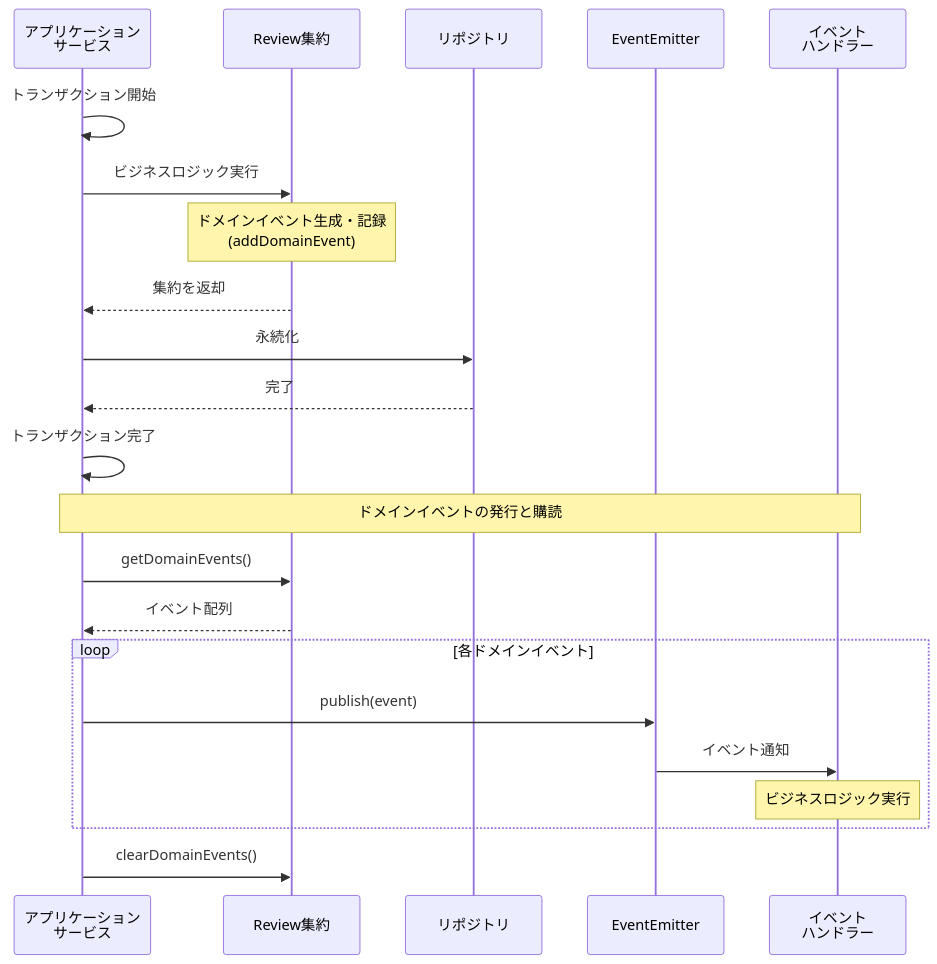
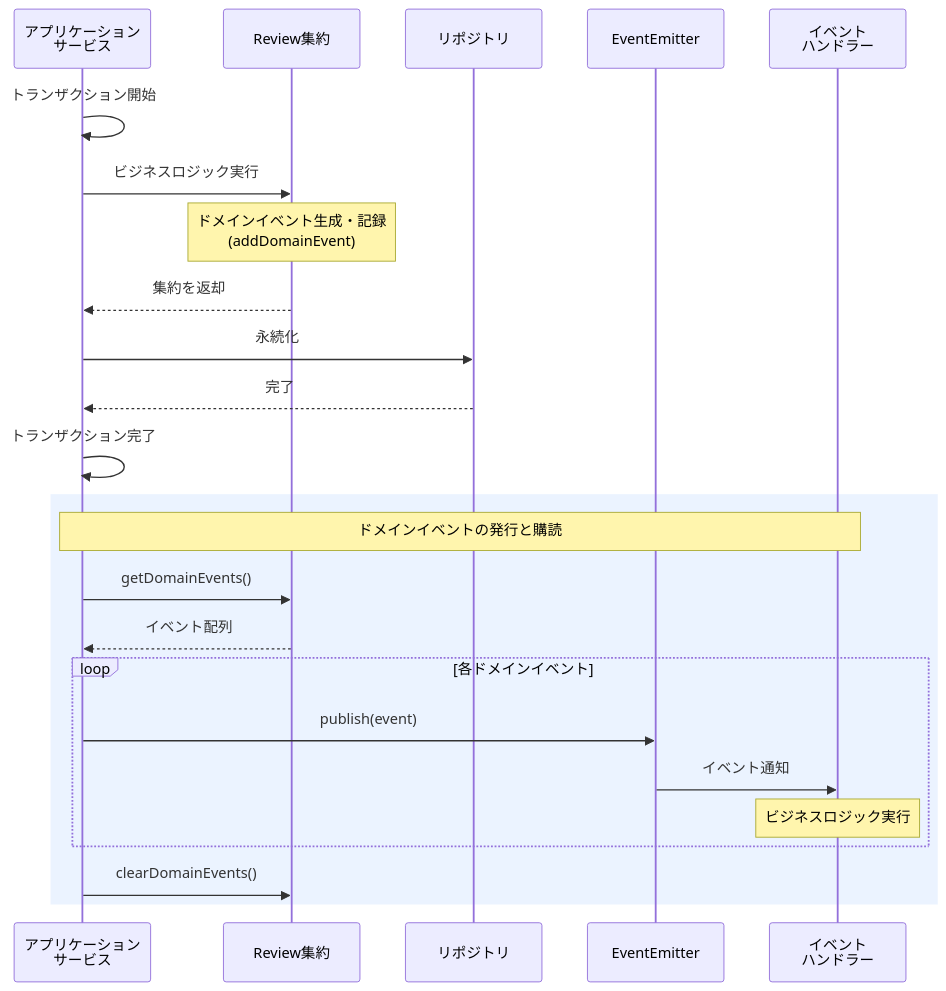
The second of 2 diagrams in docs/diagrams/chapter19-pubsub.md (swdtkuy/hands-on-ddd-introduction), drawn with Mermaid before and after one commit. The commit also changed other lines of this file and 4 other files, not shown here.

Commit message:
Add Pub/Sub model diagram and clarifying comments

````diff
--- a/docs/diagrams/chapter19-pubsub.md
+++ b/docs/diagrams/chapter19-pubsub.md
@@ -3,29 +34,31 @@
 ```mermaid
 sequenceDiagram
     participant AS as アプリケーション<br/>サービス
     participant RA as Review集約
     participant Repo as リポジトリ
     participant EE as EventEmitter
     participant EH as イベント<br/>ハンドラー
 
     AS->>AS: トランザクション開始
     AS->>RA: ビジネスロジック実行
     Note over RA: ドメインイベント生成・記録<br/>(addDomainEvent)
     RA-->>AS: 集約を返却
     AS->>Repo: 永続化
     Repo-->>AS: 完了
     AS->>AS: トランザクション完了
 
-    Note over AS,EH: ドメインイベントの発行と購読
+    rect rgba(0, 100, 255, 0.08)
+        Note over AS,EH: ドメインイベントの発行と購読
 
-    AS->>RA: getDomainEvents()
-    RA-->>AS: イベント配列
+        AS->>RA: getDomainEvents()
+        RA-->>AS: イベント配列
 
-    loop 各ドメインイベント
-        AS->>EE: publish(event)
-        EE->>EH: イベント通知
-        Note over EH: ビジネスロジック実行
+        loop 各ドメインイベント
+            AS->>EE: publish(event)
+            EE->>EH: イベント通知
+            Note over EH: ビジネスロジック実行
+        end
+
+        AS->>RA: clearDomainEvents()
     end
-
-    AS->>RA: clearDomainEvents()
 ```
````
